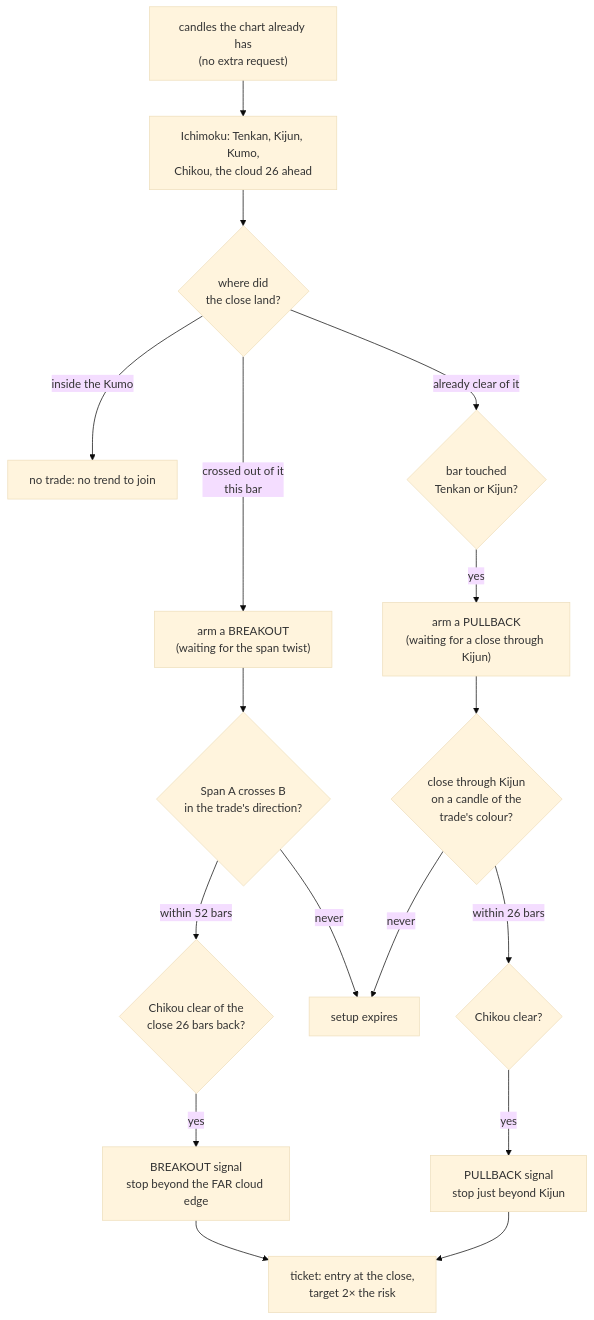
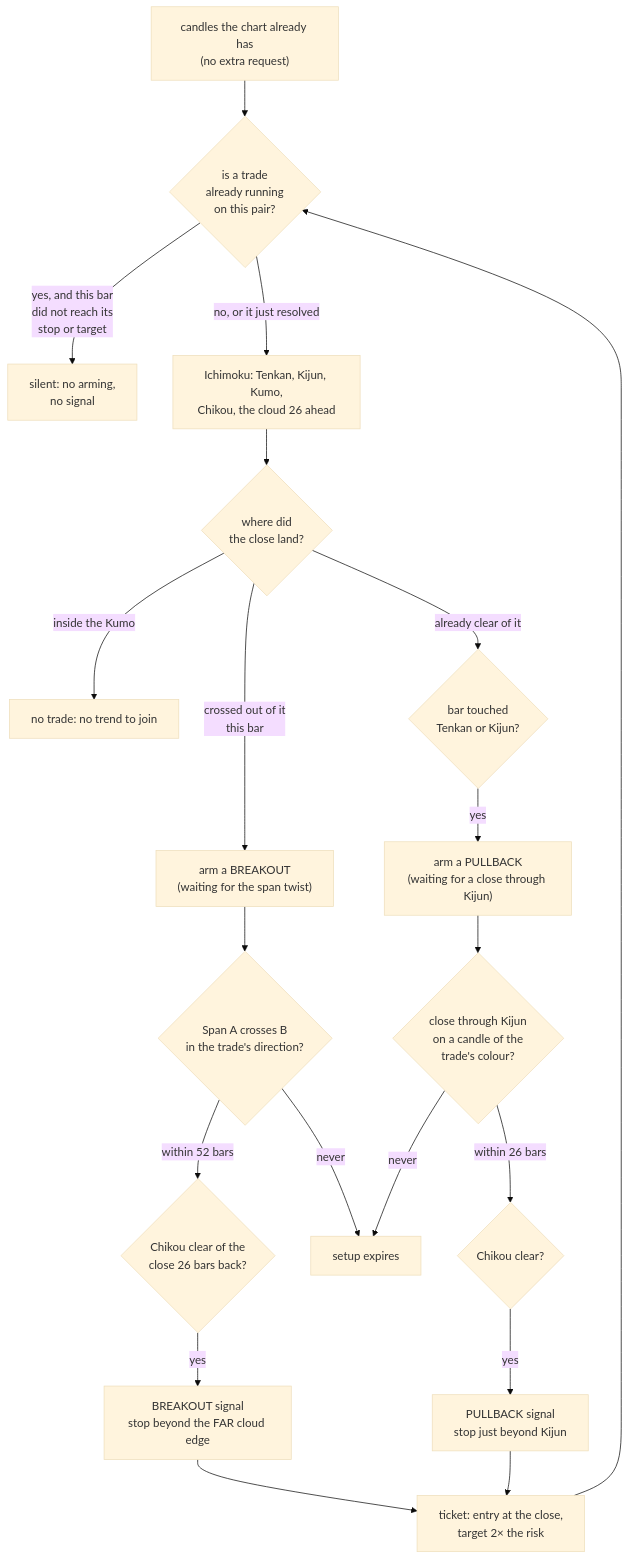
The sixth of 8 diagrams in README.md (davide963-ux/ichialgo-ve-rea), drawn with Mermaid (base theme) before and after one commit. The commit also changed other lines of this file and 16 other files, not shown here.

````diff
--- a/README.md
+++ b/README.md
@@ -407,19 +407,22 @@
 ```mermaid
 flowchart TD
-    C["candles the chart already has<br/>(no extra request)"] --> I["Ichimoku: Tenkan, Kijun, Kumo,<br/>Chikou, the cloud 26 ahead"]
+    C["candles the chart already has<br/>(no extra request)"] --> HOLD{"is a trade<br/>already running<br/>on this pair?"}
+    HOLD -- "yes, and this bar<br/>did not reach its<br/>stop or target" --> Q["silent: no arming,<br/>no signal"]
+    HOLD -- "no, or it just resolved" --> I["Ichimoku: Tenkan, Kijun, Kumo,<br/>Chikou, the cloud 26 ahead"]
     I --> K{"where did<br/>the close land?"}
     K -- "inside the Kumo" --> W["no trade: no trend to join"]
     K -- "crossed out of it<br/>this bar" --> ARM["arm a BREAKOUT<br/>(waiting for the span twist)"]
     K -- "already clear of it" --> TCH{"bar touched<br/>Tenkan or Kijun?"}
     TCH -- yes --> ARM2["arm a PULLBACK<br/>(waiting for a close through Kijun)"]
     ARM --> TW{"Span A crosses B<br/>in the trade's direction?"}
     TW -- "within 52 bars" --> CH1{"Chikou clear of the<br/>close 26 bars back?"}
     TW -- "never" --> EXP["setup expires"]
     CH1 -- yes --> SB["BREAKOUT signal<br/>stop beyond the FAR cloud edge"]
     ARM2 --> CL{"close through Kijun<br/>on a candle of the<br/>trade's colour?"}
     CL -- "within 26 bars" --> CH2{"Chikou clear?"}
     CL -- "never" --> EXP
     CH2 -- yes --> SP["PULLBACK signal<br/>stop just beyond Kijun"]
     SB --> T["ticket: entry at the close,<br/>target 2× the risk"]
     SP --> T
+    T --> HOLD
 ```
````
